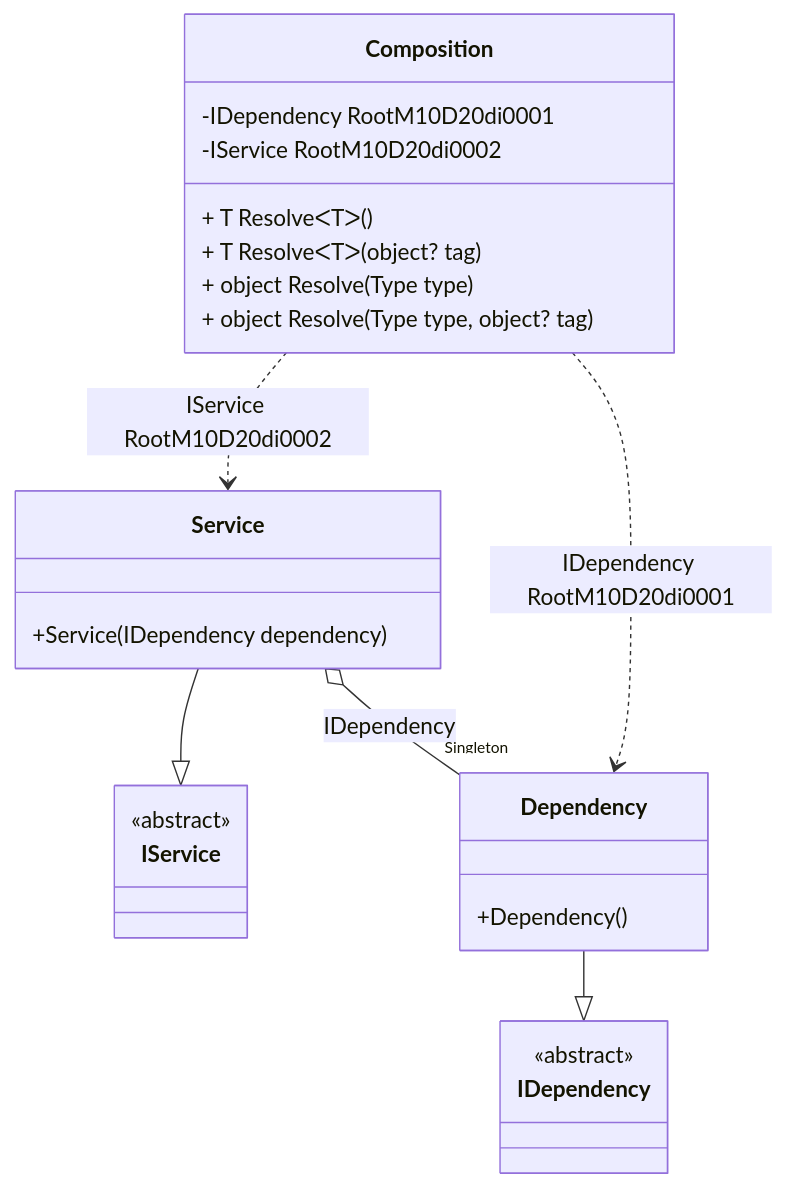
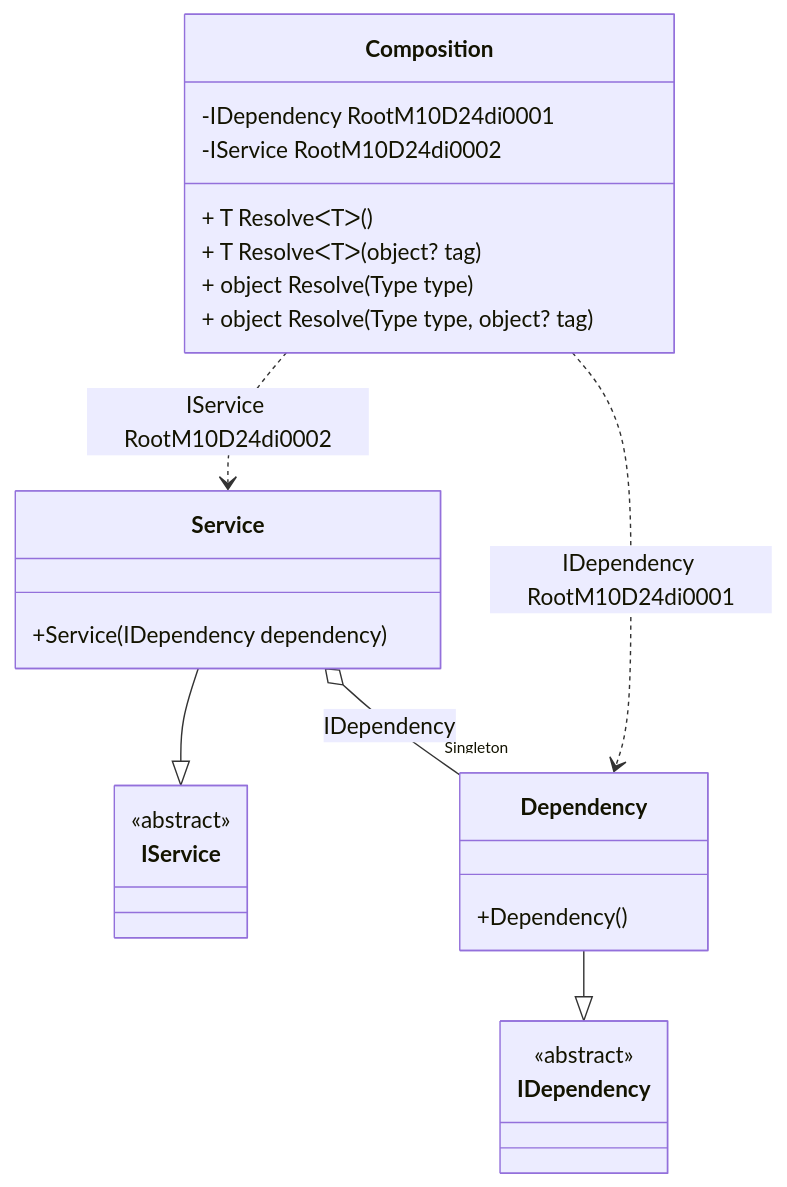
Before and after one commit to DevTeam/Pure.DI: the diagram in readme/service-collection.md, drawn with Mermaid. The commit also changed other lines of this file and 69 other files, not shown here.

````diff
--- a/readme/service-collection.md
+++ b/readme/service-collection.md
@@ -50,28 +50,28 @@
 ```mermaid
 classDiagram
   class Composition {
-    -IDependency RootM10D20di0001
-    -IService RootM10D20di0002
+    -IDependency RootM10D24di0001
+    -IService RootM10D24di0002
     + T ResolveᐸTᐳ()
     + T ResolveᐸTᐳ(object? tag)
     + object Resolve(Type type)
     + object Resolve(Type type, object? tag)
   }
   Service --|> IService : 
   class Service {
     +Service(IDependency dependency)
   }
   Dependency --|> IDependency : 
   class Dependency {
     +Dependency()
   }
   class IService {
     <<abstract>>
   }
   class IDependency {
     <<abstract>>
   }
   Service o--  "Singleton" Dependency : IDependency
-  Composition ..> Dependency : IDependency RootM10D20di0001
-  Composition ..> Service : IService RootM10D20di0002
+  Composition ..> Dependency : IDependency RootM10D24di0001
+  Composition ..> Service : IService RootM10D24di0002
 ```
````
